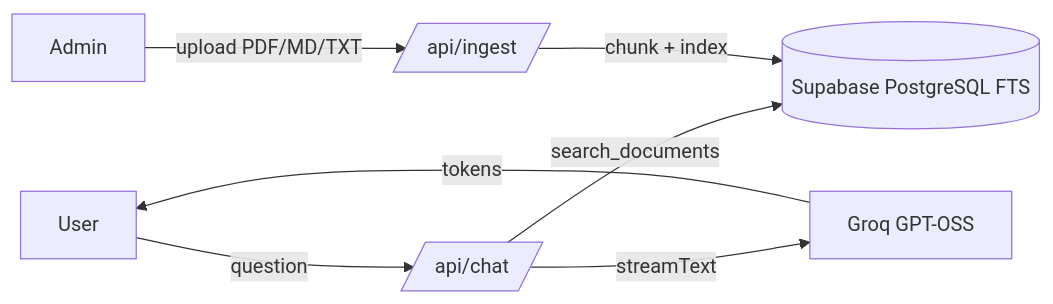
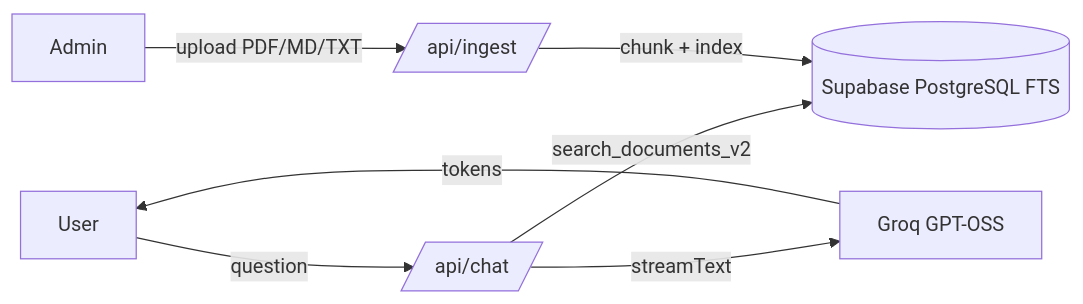
The diagram in README.md (DanielTrindade/ask-me-rag), drawn with Mermaid before and after one commit. The commit also changed other lines of this file and 13 other files, not shown here.

````diff
--- a/README.md
+++ b/README.md
@@ -22,9 +22,9 @@
 ```mermaid
 flowchart LR
   U[User] -->|question| C[/api/chat/]
-  C -->|search_documents| DB[(Supabase PostgreSQL FTS)]
+  C -->|search_documents_v2| DB[(Supabase PostgreSQL FTS)]
   C -->|streamText| LLM[Groq GPT-OSS]
   LLM -->|tokens| U
   A[Admin] -->|upload PDF/MD/TXT| I[/api/ingest/]
   I -->|chunk + index| DB
 ```
````
